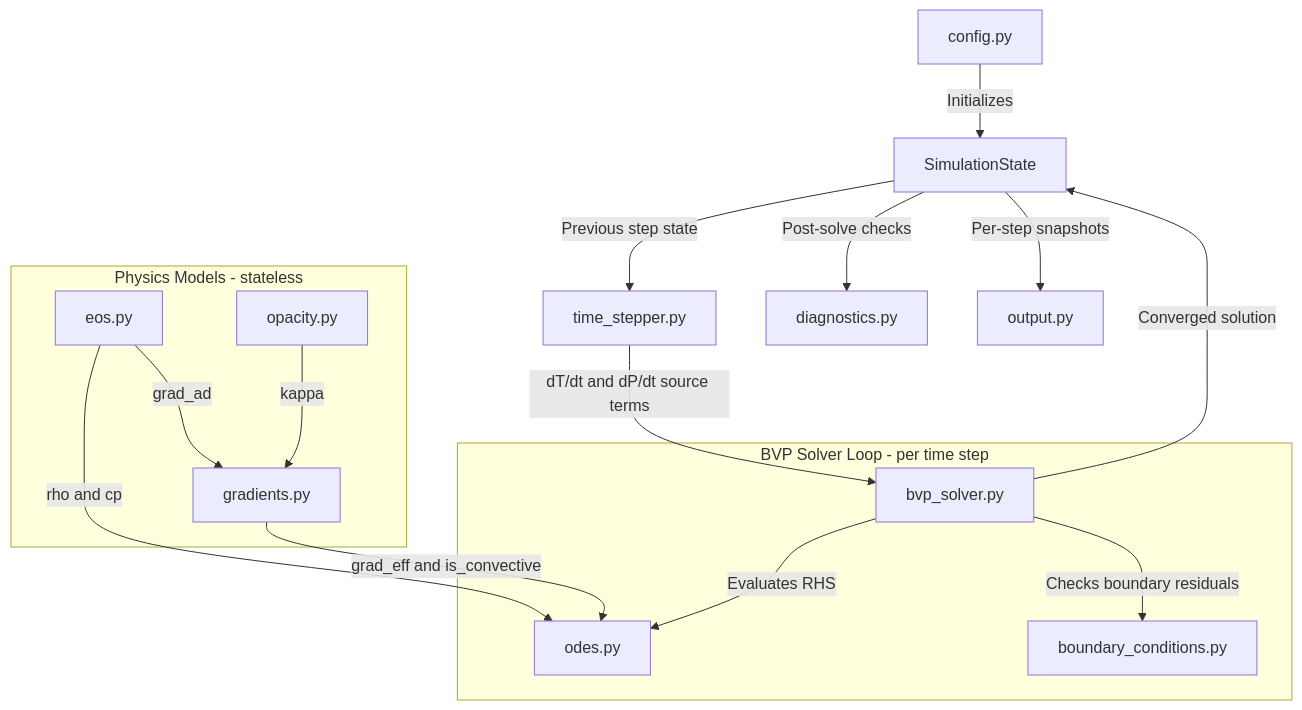
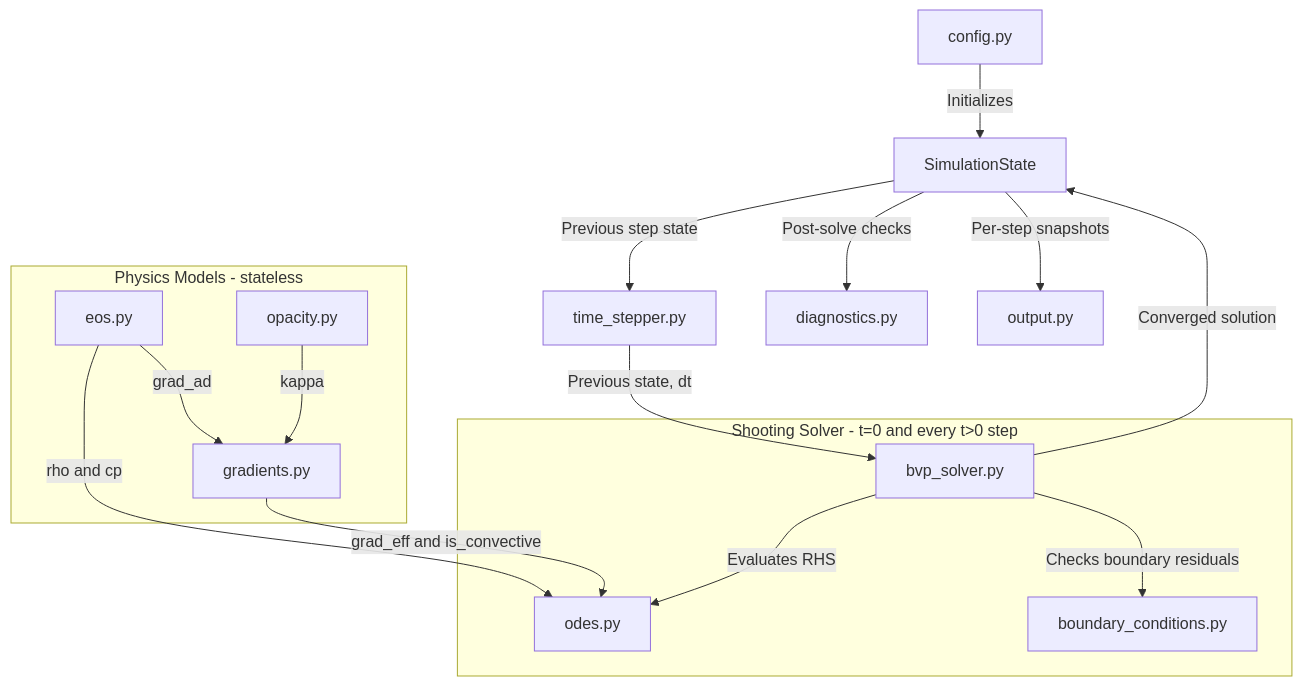
One commit to eyalg91/PlanetFormationSim changed the diagram in PLAN.md. Above: the diagram before and after it, drawn with Mermaid. The commit also changed other lines of this file and 18 other files, not shown here.

Commit message:
phase 2 failed - reshape the whole plan.md and the tasks. now stuck in the bvp solver due to Radau solver explodes. need more fixes this version is not working yet

````diff
--- a/PLAN.md
+++ b/PLAN.md
@@ -95,33 +144,33 @@
 ```mermaid
 graph TD
     config[config.py]
     state[SimulationState]
     timeloop[time_stepper.py]
     diag[diagnostics.py]
     output[output.py]
 
-    subgraph BVP_Loop[BVP Solver Loop - per time step]
+    subgraph BVP_Loop[Shooting Solver - t=0 and every t>0 step]
         bvp[bvp_solver.py]
         odes[odes.py]
         bcs[boundary_conditions.py]
     end
 
     subgraph PhysicsModels[Physics Models - stateless]
         eos[eos.py]
         opacity[opacity.py]
         gradients[gradients.py]
     end
 
     config -->|Initializes| state
     state -->|Previous step state| timeloop
-    timeloop -->|dT/dt and dP/dt source terms| bvp
+    timeloop -->|Previous state, dt| bvp
     bvp -->|Evaluates RHS| odes
     bvp -->|Checks boundary residuals| bcs
     eos -->|rho and cp| odes
     gradients -->|grad_eff and is_convective| odes
     opacity -->|kappa| gradients
     eos -->|grad_ad| gradients
     bvp -->|Converged solution| state
     state -->|Post-solve checks| diag
     state -->|Per-step snapshots| output
 ```
````
